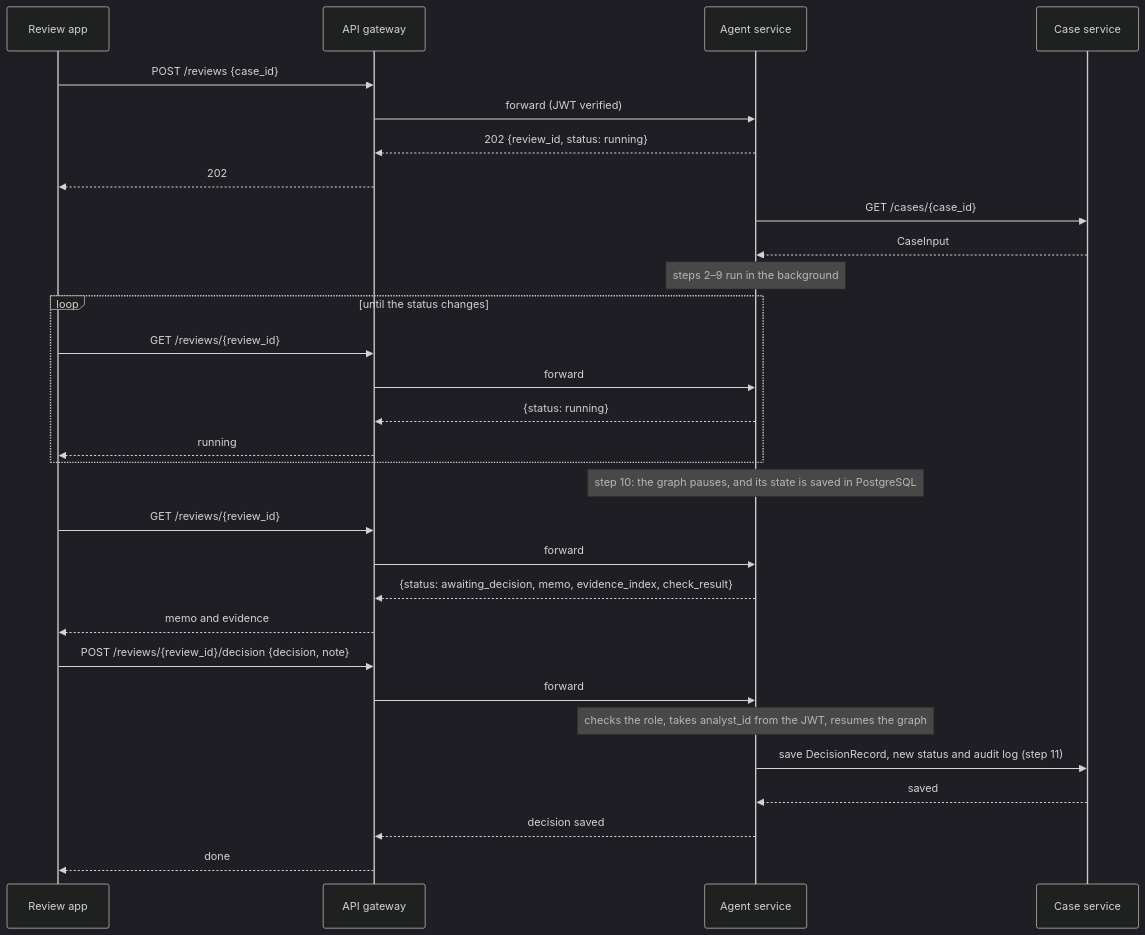
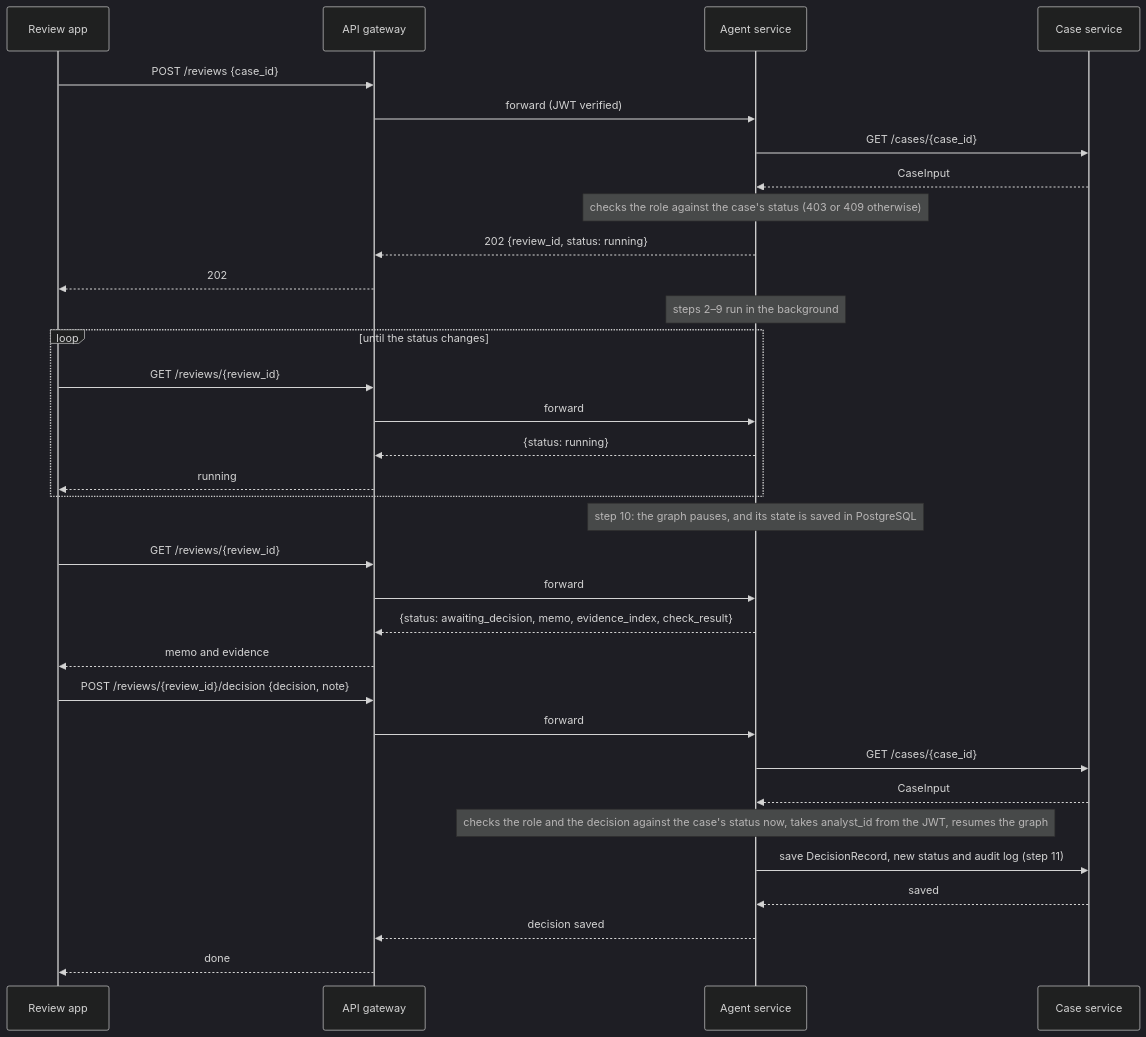
Before and after one commit to kimhw99/affirm-agent: the third of 3 diagrams in docs/architecture.md, drawn with Mermaid (dark theme). The commit also changed 14 other files, not shown here.

````diff
--- a/docs/architecture.md
+++ b/docs/architecture.md
@@ -97,33 +97,36 @@
 ```mermaid
 sequenceDiagram
     participant UI as Review app
     participant GW as API gateway
     participant AG as Agent service
     participant CS as Case service
 
     UI->>GW: POST /reviews {case_id}
     GW->>AG: forward (JWT verified)
+    AG->>CS: GET /cases/{case_id}
+    CS-->>AG: CaseInput
+    Note over AG: checks the role against the case's status (403 or 409 otherwise)
     AG-->>GW: 202 {review_id, status: running}
     GW-->>UI: 202
-    AG->>CS: GET /cases/{case_id}
-    CS-->>AG: CaseInput
     Note over AG: steps 2–9 run in the background
     loop until the status changes
         UI->>GW: GET /reviews/{review_id}
         GW->>AG: forward
         AG-->>GW: {status: running}
         GW-->>UI: running
     end
     Note over AG: step 10: the graph pauses, and its state is saved in PostgreSQL
     UI->>GW: GET /reviews/{review_id}
     GW->>AG: forward
     AG-->>GW: {status: awaiting_decision, memo, evidence_index, check_result}
     GW-->>UI: memo and evidence
     UI->>GW: POST /reviews/{review_id}/decision {decision, note}
     GW->>AG: forward
-    Note over AG: checks the role, takes analyst_id from the JWT, resumes the graph
+    AG->>CS: GET /cases/{case_id}
+    CS-->>AG: CaseInput
+    Note over AG: checks the role and the decision against the case's status now, takes analyst_id from the JWT, resumes the graph
     AG->>CS: save DecisionRecord, new status and audit log (step 11)
     CS-->>AG: saved
     AG-->>GW: decision saved
     GW-->>UI: done
 ```
````
